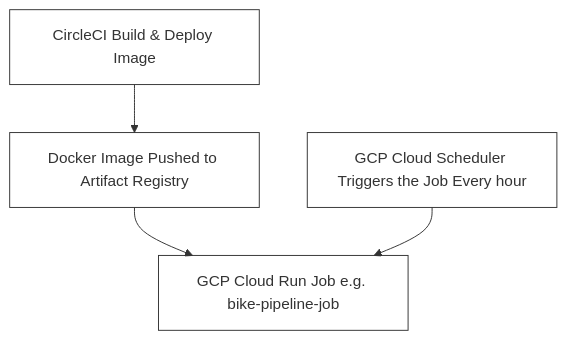
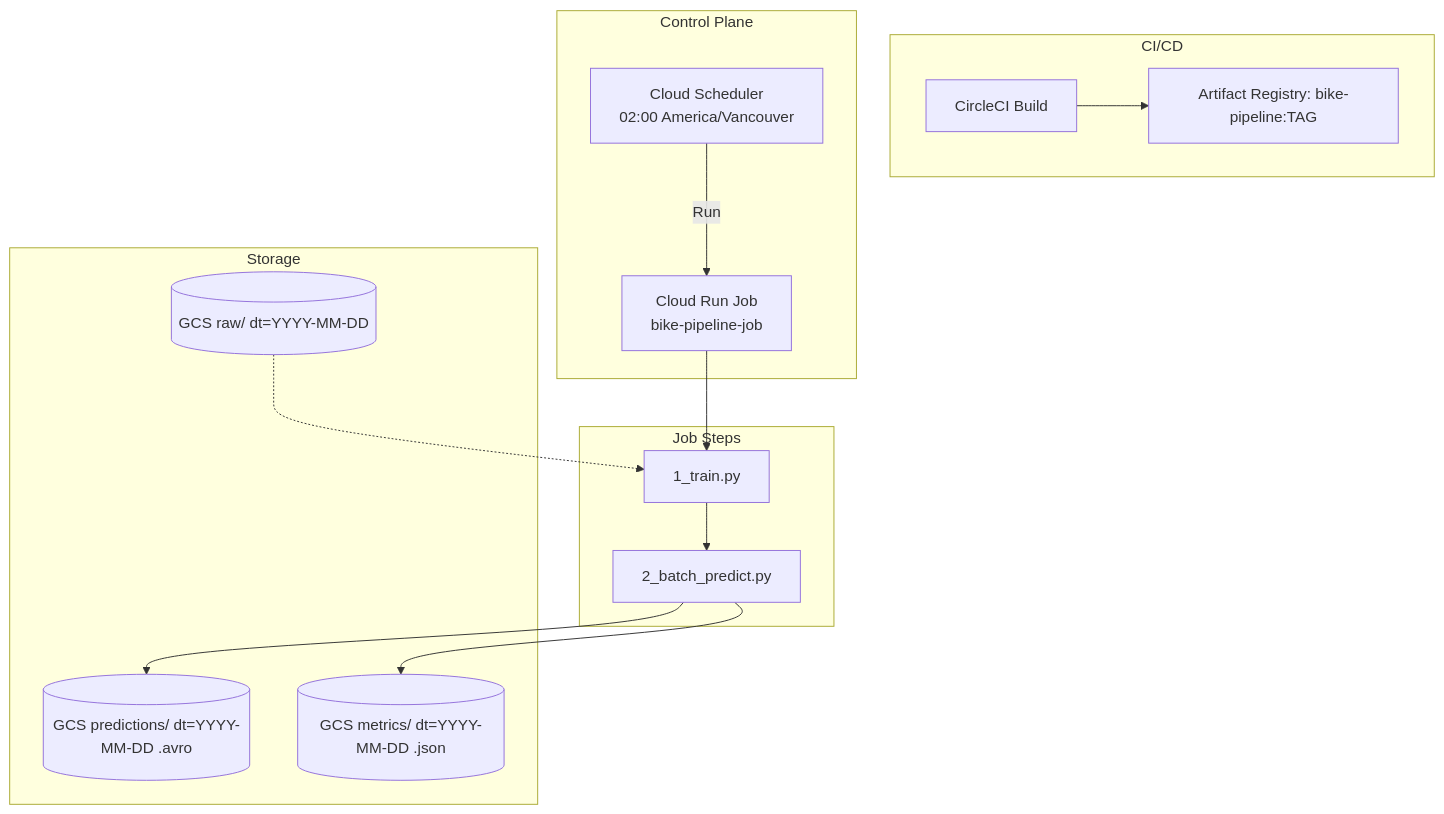
The first of 2 diagrams in bike_share_batch_prediction_simple/README.md (leandroohf/mlops), drawn with Mermaid before and after one commit. The commit also changed other lines of this file, not shown here.

````diff
--- a/bike_share_batch_prediction_simple/README.md
+++ b/bike_share_batch_prediction_simple/README.md
@@ -19,13 +20,21 @@
-```mermaid
+```mermaid 
 flowchart TD
-    A[CircleCI Build & Deploy Image] --> B[Docker Image Pushed to Artifact Registry]
-    B --> C[GCP Cloud Run Job e.g. bike-pipeline-job]
-    D[GCP Cloud Scheduler Triggers the Job Every hour] --> C
+  subgraph CI[CI/CD]
+    A[CircleCI Build] --> B[Artifact Registry: bike-pipeline:TAG]
+  end
 
-    classDef trigger fill:transparent,stroke:#333,stroke-width:1px;
+  subgraph SCHED[Control Plane]
+    D[Cloud Scheduler<br/>02:00 America/Vancouver] -->|Run| C[Cloud Run Job<br/>bike-pipeline-job]
+  end
 
-    A:::trigger
-    B:::trigger
-    C:::trigger
-    D:::trigger
+  subgraph PIPE[Job Steps]
+    C --> T[1_train.py]
+    T --> P[2_batch_predict.py]
+  end
+
+  subgraph DATA[Storage]
+    R[(GCS raw/ dt=YYYY-MM-DD)] -.-> T
+    P --> W[(GCS predictions/ dt=YYYY-MM-DD .avro)]
+    P --> M[(GCS metrics/ dt=YYYY-MM-DD .json)]
+  end
 ```
````
